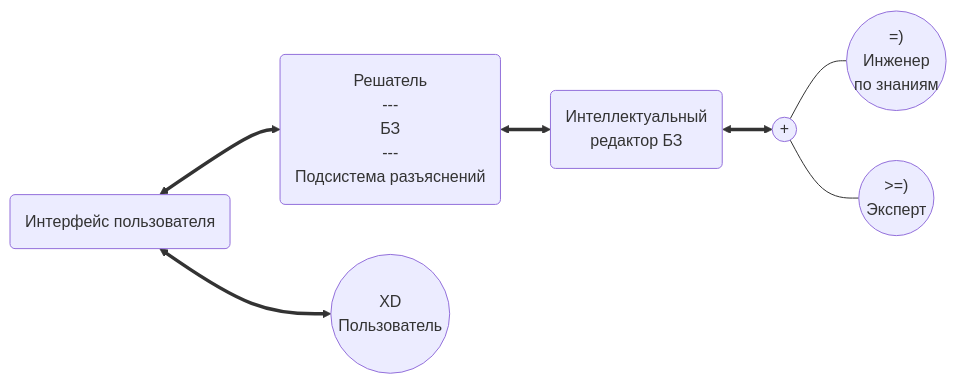
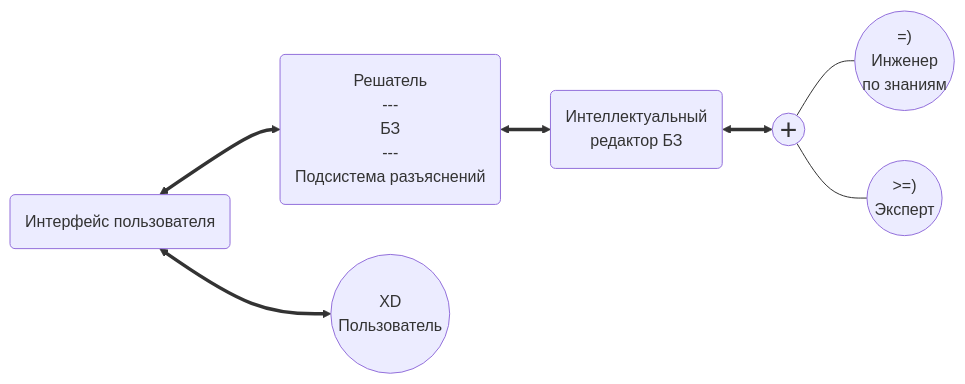
Before and after one commit to wesdyqq/study-sync: the diagram in Учеба КНИТУ/Информатика/Конспекты лекций/Основы Проф. Деятельности 26.11.26.md, drawn with Mermaid. The commit also changed other lines of this file, not shown here.

````diff
--- a/Учеба КНИТУ/Информатика/Конспекты лекций/Основы Проф. Деятельности 26.11.26.md
+++ b/Учеба КНИТУ/Информатика/Конспекты лекций/Основы Проф. Деятельности 26.11.26.md
@@ -10,15 +10,16 @@
 ```mermaid
 graph LR
 A("Интерфейс пользователя")
 B("Решатель<br>---<br>БЗ<br>---<br>Подсистема разъяснений")
 C("Интеллектуальный<br>редактор БЗ")
 D(("XD<br>Пользователь"))
 F(("=)<br>Инженер<br>по знаниям"))
 G((">=)<br>Эксперт"))
 H(("+"))
+style H font-size:30px
 A<==>B<==>C<==>H
 A<==>D
 
 H---F
 H---G
 ```
````
